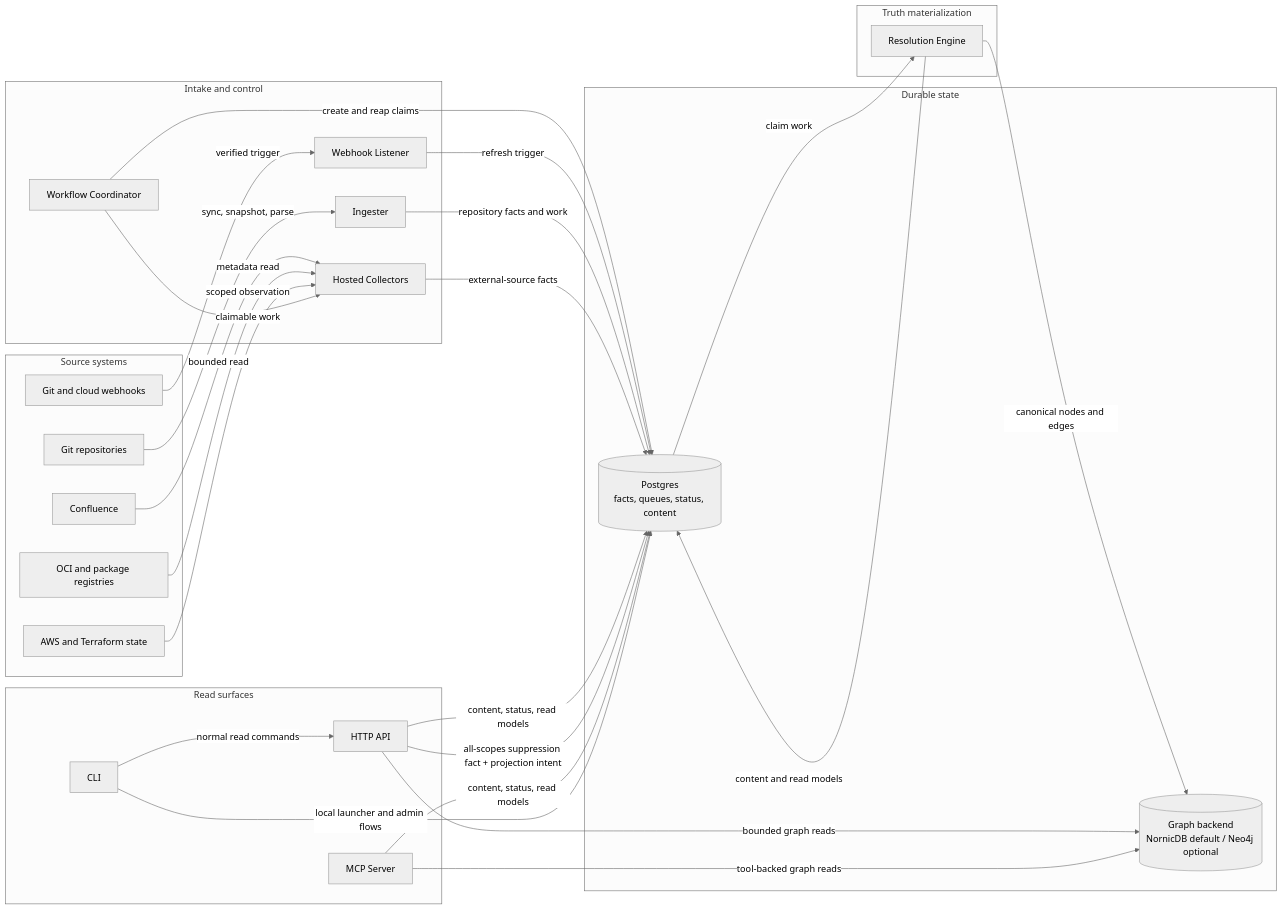
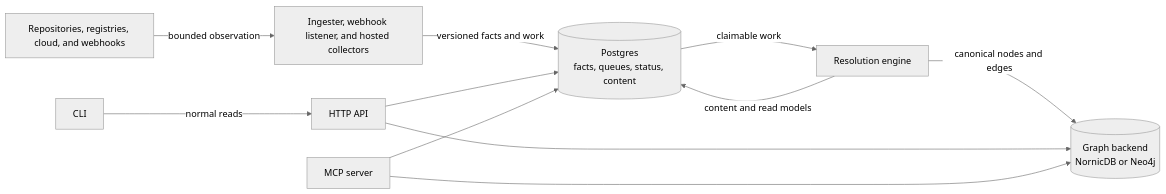
The first of 3 diagrams in docs/public/architecture.md (eshu-hq/eshu), drawn with Mermaid (neutral theme) before and after one commit. The commit also changed other lines of this file and 7 other files, not shown here.

````diff
--- a/docs/public/architecture.md
+++ b/docs/public/architecture.md
@@ -33,53 +35,22 @@
 ```mermaid
 flowchart LR
-  subgraph Sources["Source systems"]
-    Git["Git repositories"]
-    Hooks["Git and cloud webhooks"]
-    Docs["Confluence"]
-    Registries["OCI and package registries"]
-    Cloud["AWS and Terraform state"]
-  end
+  Sources["Repositories, registries, cloud, and webhooks"]
+  Intake["Ingester, webhook listener, and hosted collectors"]
+  Pg[("Postgres\nfacts, queues, status, content")]
+  Reducer["Resolution engine"]
+  Graph[("Graph backend\nNornicDB or Neo4j")]
+  API["HTTP API"]
+  MCP["MCP server"]
+  CLI["CLI"]
 
-  subgraph Intake["Intake and control"]
-    Ingester["Ingester"]
-    Webhook["Webhook Listener"]
-    Coordinator["Workflow Coordinator"]
-    Collectors["Hosted Collectors"]
-  end
-
-  subgraph State["Durable state"]
-    Postgres[("Postgres\nfacts, queues, status, content")]
-    Graph[("Graph backend\nNornicDB default / Neo4j optional")]
-  end
-
-  subgraph Projection["Truth materialization"]
-    Reducer["Resolution Engine"]
-  end
-
-  subgraph Reads["Read surfaces"]
-    API["HTTP API"]
-    MCP["MCP Server"]
-    CLI["CLI"]
-  end
-
-  Git -->|"sync, snapshot, parse"| Ingester
-  Hooks -->|"verified trigger"| Webhook
-  Docs -->|"bounded read"| Collectors
-  Registries -->|"metadata read"| Collectors
-  Cloud -->|"scoped observation"| Collectors
-  Coordinator -->|"create and reap claims"| Postgres
-  Coordinator -->|"claimable work"| Collectors
-  Webhook -->|"refresh trigger"| Postgres
-  Ingester -->|"repository facts and work"| Postgres
-  Collectors -->|"external-source facts"| Postgres
-  Postgres -->|"claim work"| Reducer
+  Sources -->|"bounded observation"| Intake
+  Intake -->|"versioned facts and work"| Pg
+  Pg -->|"claimable work"| Reducer
   Reducer -->|"canonical nodes and edges"| Graph
-  Reducer -->|"content and read models"| Postgres
-  API -->|"bounded graph reads"| Graph
-  API -->|"content, status, read models"| Postgres
-  API -->|"all-scopes suppression fact + projection intent"| Postgres
-  MCP -->|"tool-backed graph reads"| Graph
-  MCP -->|"content, status, read models"| Postgres
-  CLI -->|"normal read commands"| API
-  CLI -->|"local launcher and admin flows"| Postgres
+  Reducer -->|"content and read models"| Pg
+  API --> Graph
+  API --> Pg
+  MCP --> Graph
+  MCP --> Pg
+  CLI -->|"normal reads"| API
 ```
````
